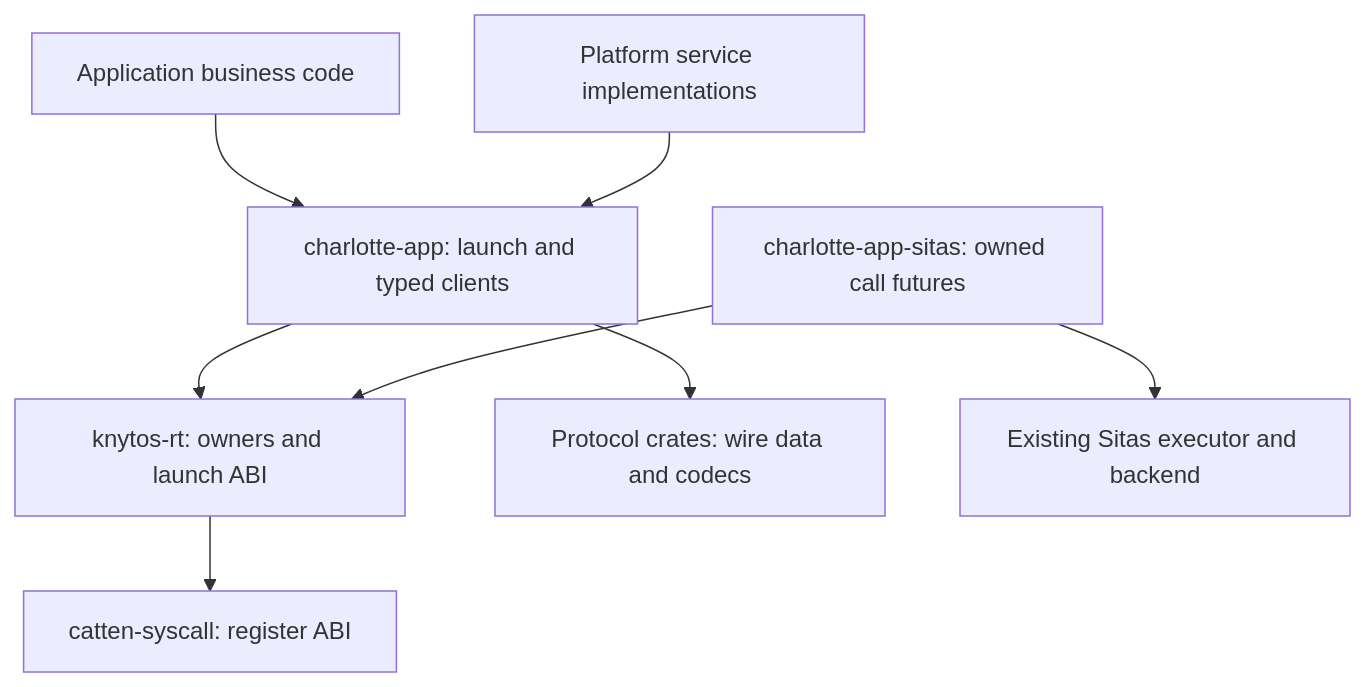
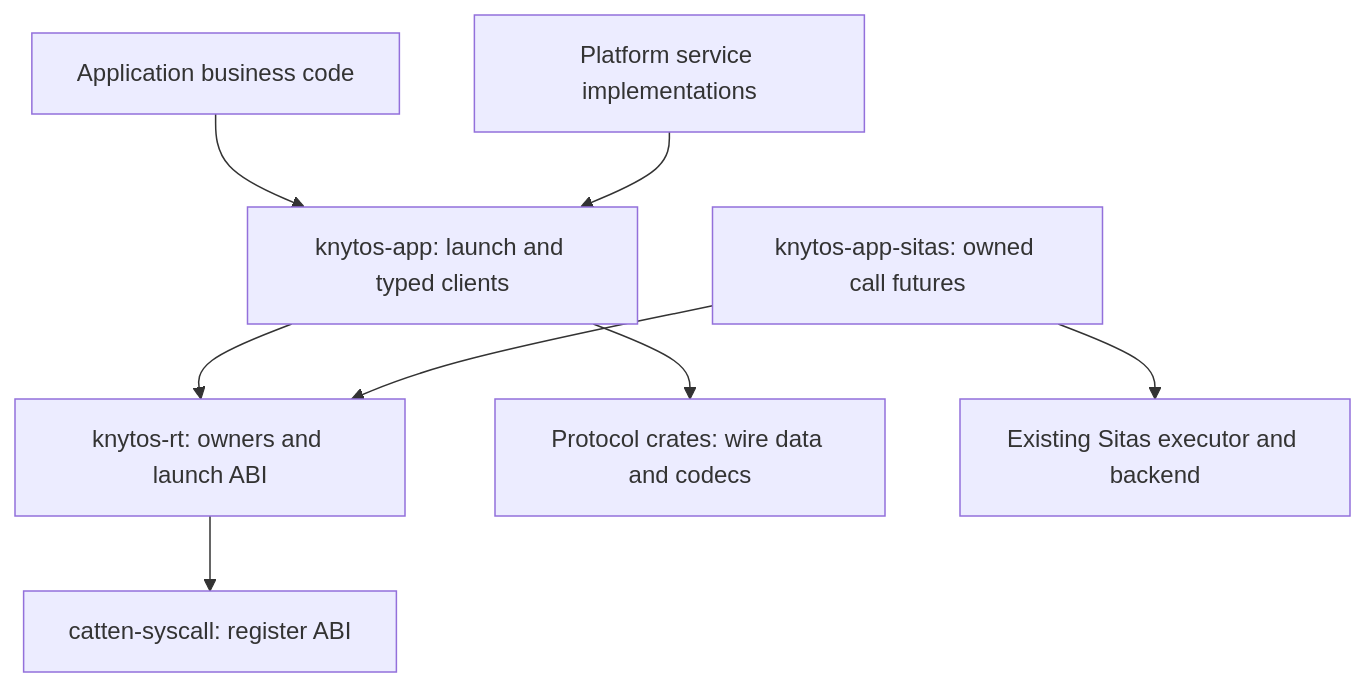
Before and after one commit to FrodeRanders/charlotte-os: the diagram in docs/architecture/userspace-ergonomics.md, drawn with Mermaid. The commit also changed other lines of this file and 36 other files, not shown here.

Commit message:
charlotte-app -> knytos-app

````diff
--- a/docs/architecture/userspace-ergonomics.md
+++ b/docs/architecture/userspace-ergonomics.md
@@ -31,10 +31,10 @@
 ```mermaid
 flowchart TD
-    App[Application business code] --> Clients[charlotte-app: launch and typed clients]
+    App[Application business code] --> Clients[knytos-app: launch and typed clients]
     Services[Platform service implementations] --> Clients
     Clients --> Runtime[knytos-rt: owners and launch ABI]
     Clients --> Wire[Protocol crates: wire data and codecs]
     Runtime --> Syscalls[catten-syscall: register ABI]
-    Async[charlotte-app-sitas: owned call futures] --> Runtime
+    Async[knytos-app-sitas: owned call futures] --> Runtime
     Async --> Sitas[Existing Sitas executor and backend]
 ```
````
